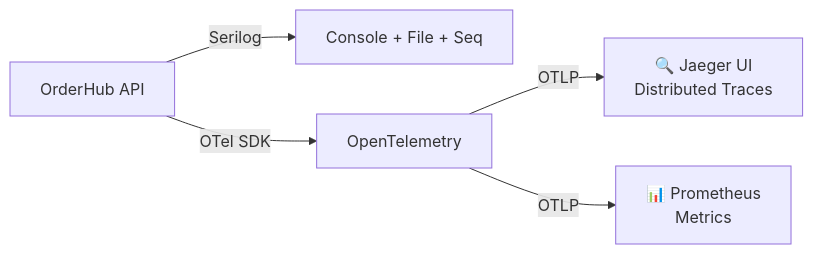
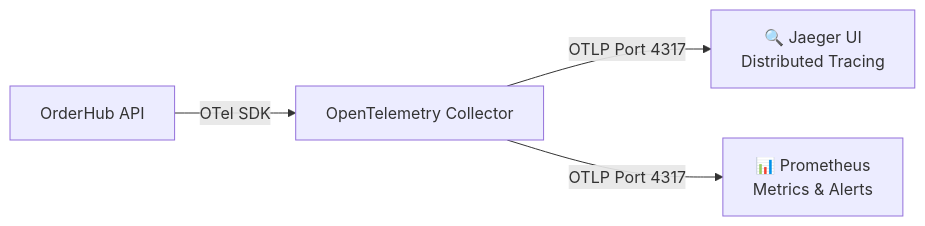
One commit to datngw/OrderHub changed the second of 2 diagrams in docs/docusaurus/docs/guides/observability.md. Above: the diagram before and after it, drawn with Mermaid. The commit also changed other lines of this file and 15 other files, not shown here.

Commit message:
docs: rewrite arc42 architecture documentation and consolidate ADRs

````diff
--- a/docs/docusaurus/docs/guides/observability.md
+++ b/docs/docusaurus/docs/guides/observability.md
@@ -94,7 +85,6 @@
 ```mermaid
 graph LR
-    APP["OrderHub API"] -->|"Serilog"| SINKS["Console + File + Seq"]
-    APP -->|"OTel SDK"| OTEL["OpenTelemetry"]
-    OTEL -->|"OTLP"| JAEGER["🔍 Jaeger UI<br/>Distributed Traces"]
-    OTEL -->|"OTLP"| METRICS["📊 Prometheus<br/>Metrics"]
+    API["OrderHub API"] -->|"OTel SDK"| Collector["OpenTelemetry Collector"]
+    Collector -->|"OTLP Port 4317"| Jaeger["🔍 Jaeger UI<br/>Distributed Tracing"]
+    Collector -->|"OTLP Port 4317"| Prometheus["📊 Prometheus<br/>Metrics & Alerts"]
 ```
````
